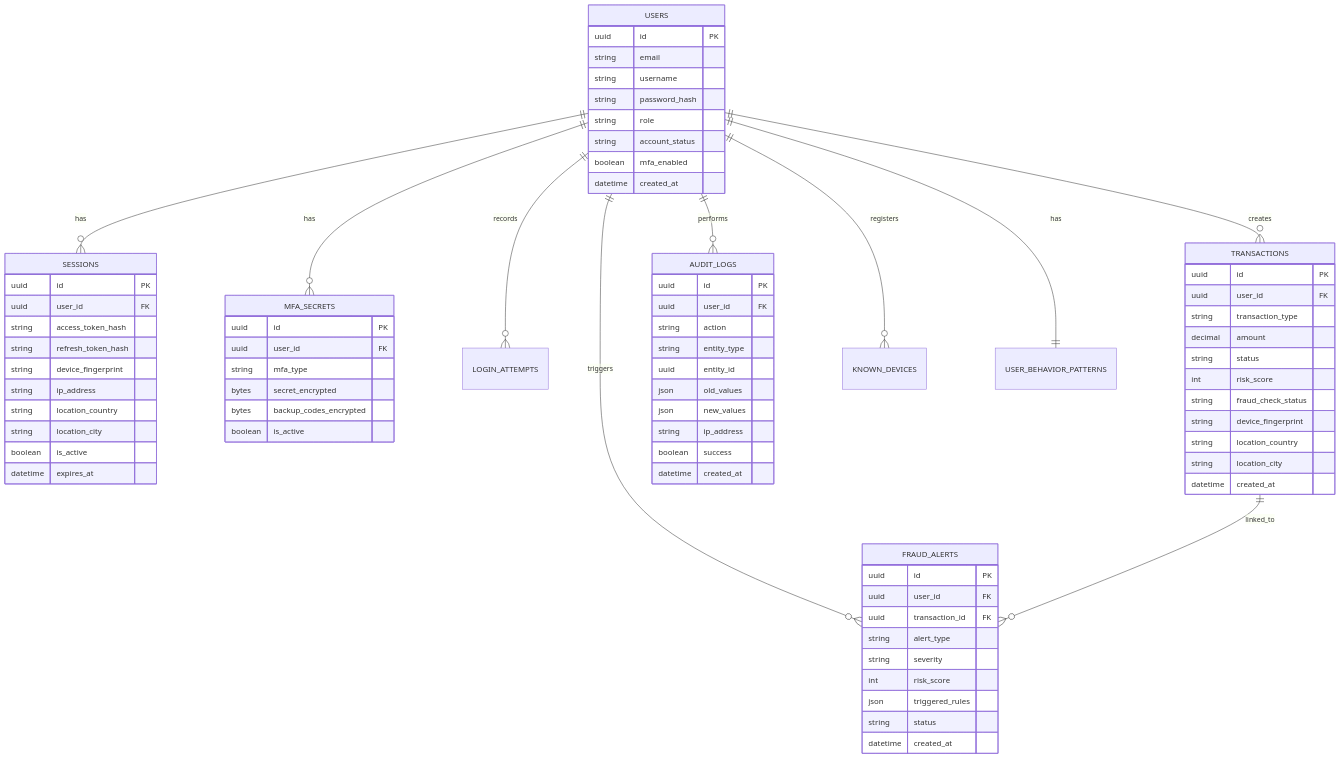
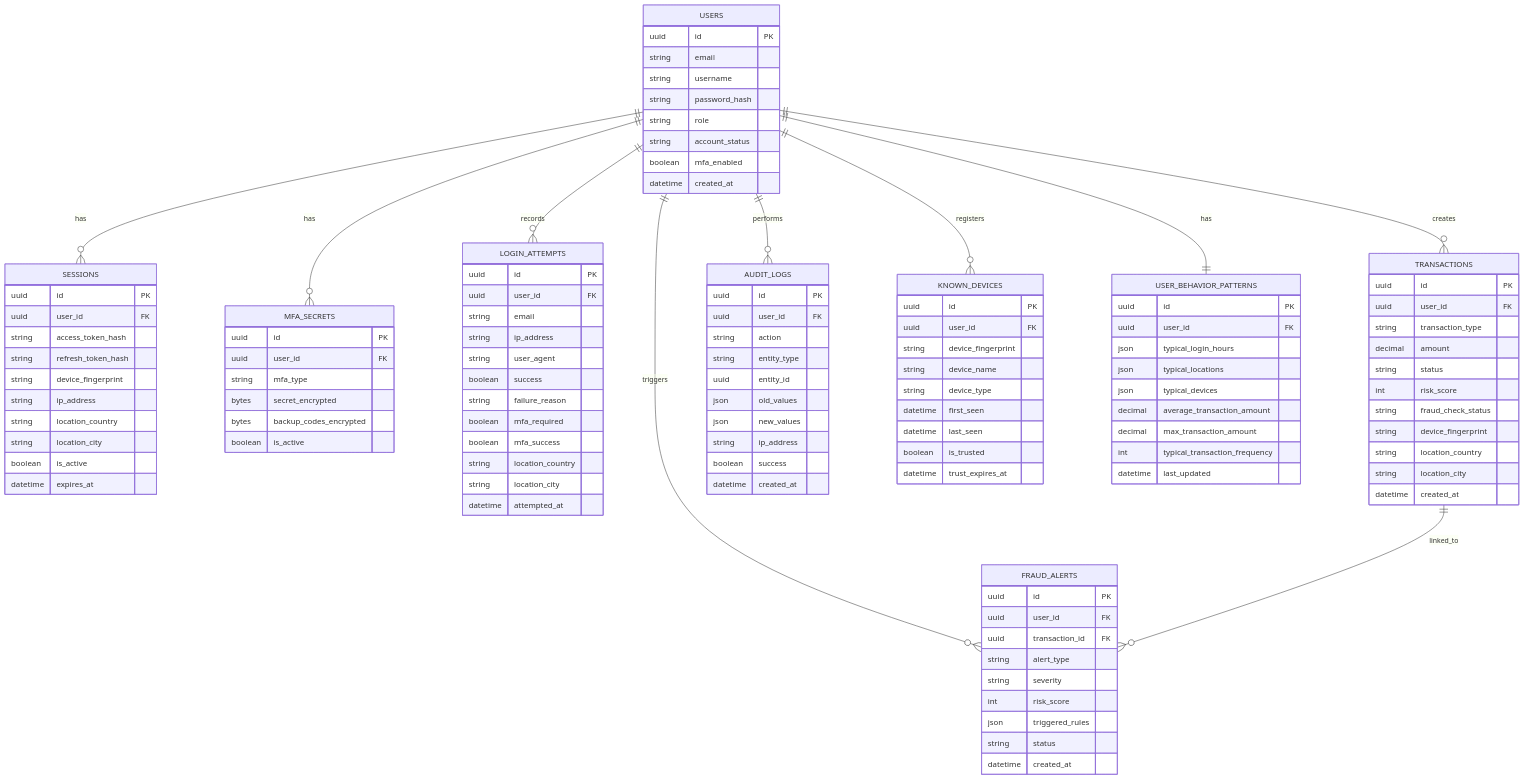
One commit to Gabbydunkk/secure-bank-app changed the third of 4 diagrams in presentation_diagram_pack.md. Above: the diagram before and after it, drawn with Mermaid. The commit also changed other lines of this file and 24 other files, not shown here.

````diff
--- a/presentation_diagram_pack.md
+++ b/presentation_diagram_pack.md
@@ -192,4 +192,43 @@
     boolean success
     datetime created_at
   }
+
+  LOGIN_ATTEMPTS {
+    uuid id PK
+    uuid user_id FK
+    string email
+    string ip_address
+    string user_agent
+    boolean success
+    string failure_reason
+    boolean mfa_required
+    boolean mfa_success
+    string location_country
+    string location_city
+    datetime attempted_at
+  }
+
+  KNOWN_DEVICES {
+    uuid id PK
+    uuid user_id FK
+    string device_fingerprint
+    string device_name
+    string device_type
+    datetime first_seen
+    datetime last_seen
+    boolean is_trusted
+    datetime trust_expires_at
+  }
+
+  USER_BEHAVIOR_PATTERNS {
+    uuid id PK
+    uuid user_id FK
+    json typical_login_hours
+    json typical_locations
+    json typical_devices
+    decimal average_transaction_amount
+    decimal max_transaction_amount
+    int typical_transaction_frequency
+    datetime last_updated
+  }
 ```
````
